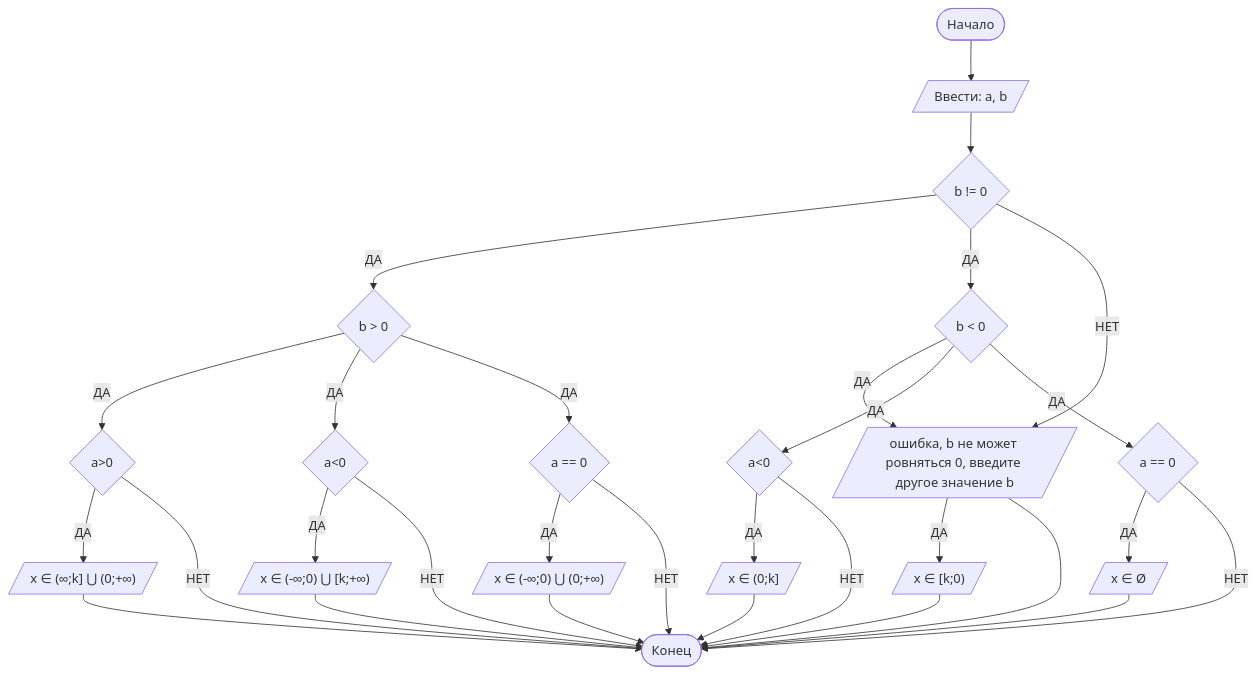
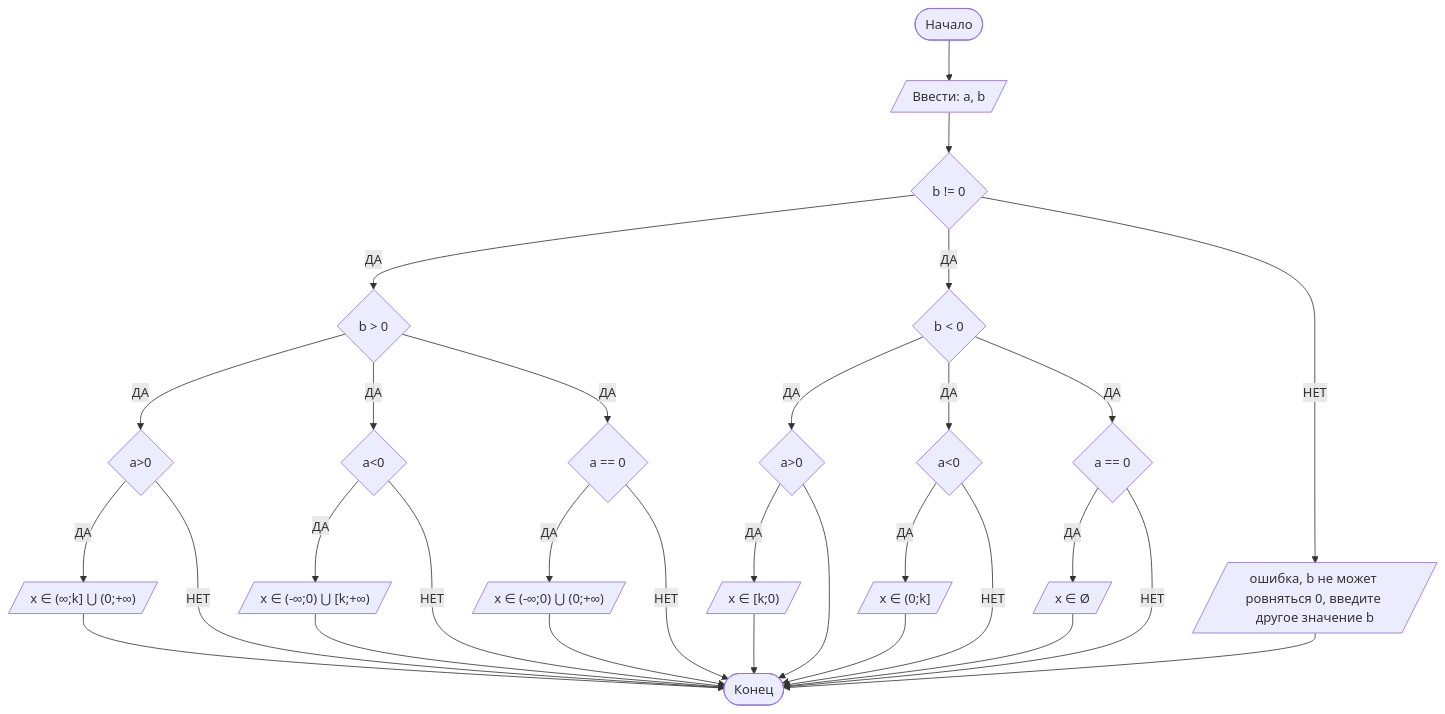
The diagram in Readme.md (AnnaVolodchenko/Laab1), drawn with Mermaid before and after one commit.

````diff
--- a/Readme.md
+++ b/Readme.md
@@ -104,33 +104,34 @@
 ```mermaid
 graph TD
     A([Начало]) --> B[/Ввести: a, b/]
     B --> C{b != 0}
     C -- ДА --> D{b > 0}
     D -- ДА --> E{a>0}
     D -- ДА --> F{a<0}
     D -- ДА --> L{a == 0}
     E -- ДА --> T[/"x ∈ (∞;k] ⋃ (0;+∞)"/]
     E -- НЕТ --> S
     F -- ДА --> P[/"x ∈ (-∞;0) ⋃ [k;+∞)"/]
     F -- НЕТ --> S
     L -- ДА --> G[/"x ∈ (-∞;0) ⋃ (0;+∞)"/]
     L -- НЕТ --> S
     C -- ДА --> R{b < 0}
     R -- ДА --> M{a>0}
     R -- ДА --> N{a<0}
     R -- ДА --> O{a == 0}
     M -- ДА --> Z[/"x ∈ [k;0)"/]
     N -- ДА --> X[/"x ∈ (0;k]"/]
     N -- НЕТ --> S
     O -- ДА --> V[/"x ∈ Ø"/]
     O -- НЕТ --> S
-    C -- НЕТ --> M[/"ошибка, b не может ровняться 0, введите другое значение b"/]
+    C -- НЕТ --> K[/"ошибка, b не может ровняться 0, введите другое значение b"/]
+    K --> S
     M --> S([Конец])
     T --> S
     P --> S
     G --> S
     Z --> S
     X --> S
     V --> S
     
 ```
````
